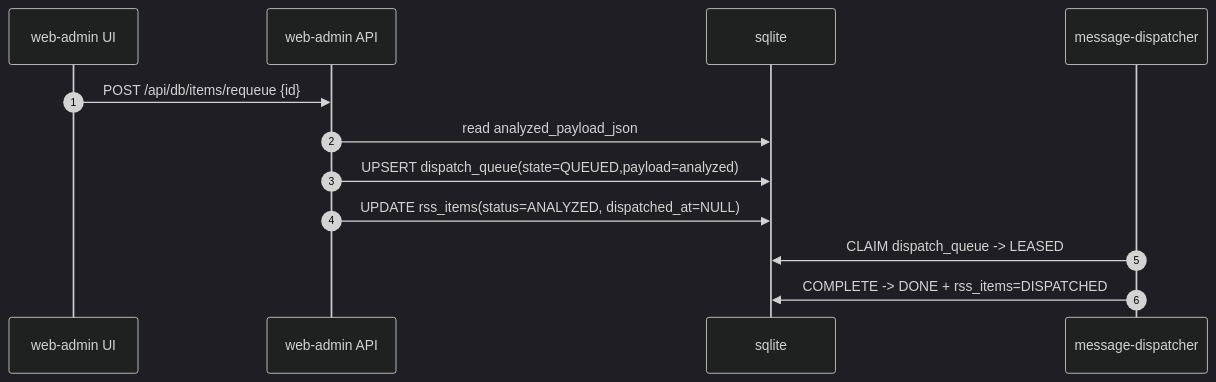
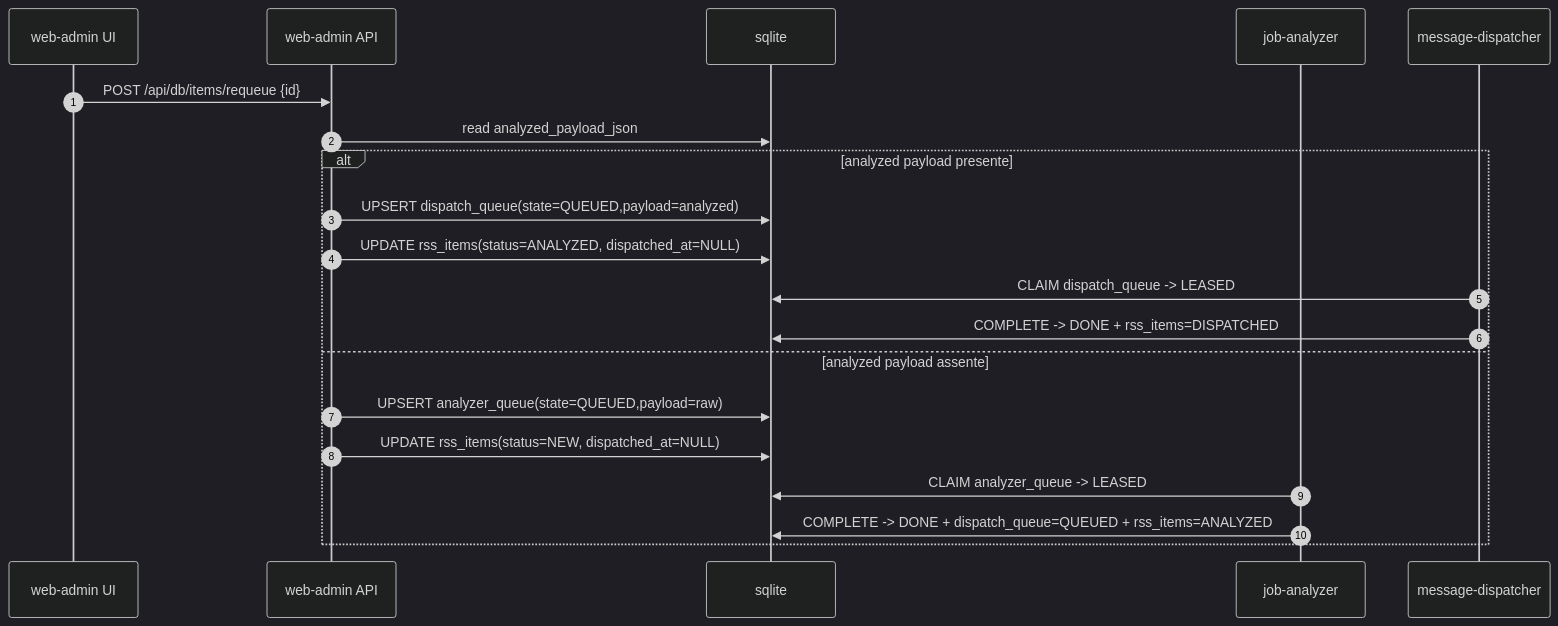
One commit to origama/rwct-jobs changed the sixth of 6 diagrams in docs/lifecycle-state-machines.md. Above: the diagram before and after it, drawn with Mermaid (dark theme). The commit also changed other lines of this file and 5 other files, not shown here.

````diff
--- a/docs/lifecycle-state-machines.md
+++ b/docs/lifecycle-state-machines.md
@@ -87,15 +90,23 @@
 ```mermaid
 sequenceDiagram
     autonumber
     participant UI as web-admin UI
     participant API as web-admin API
     participant DB as sqlite
+    participant A as job-analyzer
     participant D as message-dispatcher
 
     UI->>API: POST /api/db/items/requeue {id}
     API->>DB: read analyzed_payload_json
-    API->>DB: UPSERT dispatch_queue(state=QUEUED,payload=analyzed)
-    API->>DB: UPDATE rss_items(status=ANALYZED, dispatched_at=NULL)
-    D->>DB: CLAIM dispatch_queue -> LEASED
-    D->>DB: COMPLETE -> DONE + rss_items=DISPATCHED
+    alt analyzed payload presente
+        API->>DB: UPSERT dispatch_queue(state=QUEUED,payload=analyzed)
+        API->>DB: UPDATE rss_items(status=ANALYZED, dispatched_at=NULL)
+        D->>DB: CLAIM dispatch_queue -> LEASED
+        D->>DB: COMPLETE -> DONE + rss_items=DISPATCHED
+    else analyzed payload assente
+        API->>DB: UPSERT analyzer_queue(state=QUEUED,payload=raw)
+        API->>DB: UPDATE rss_items(status=NEW, dispatched_at=NULL)
+        A->>DB: CLAIM analyzer_queue -> LEASED
+        A->>DB: COMPLETE -> DONE + dispatch_queue=QUEUED + rss_items=ANALYZED
+    end
 ```
````
